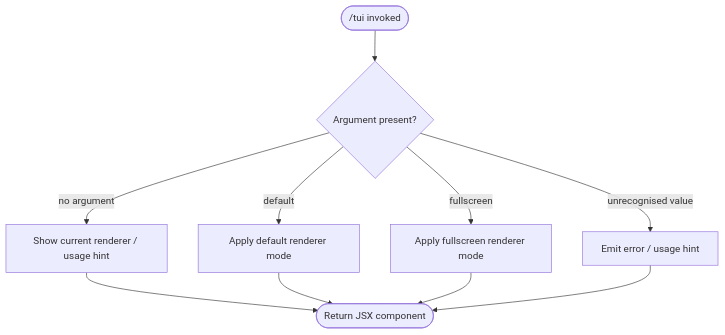
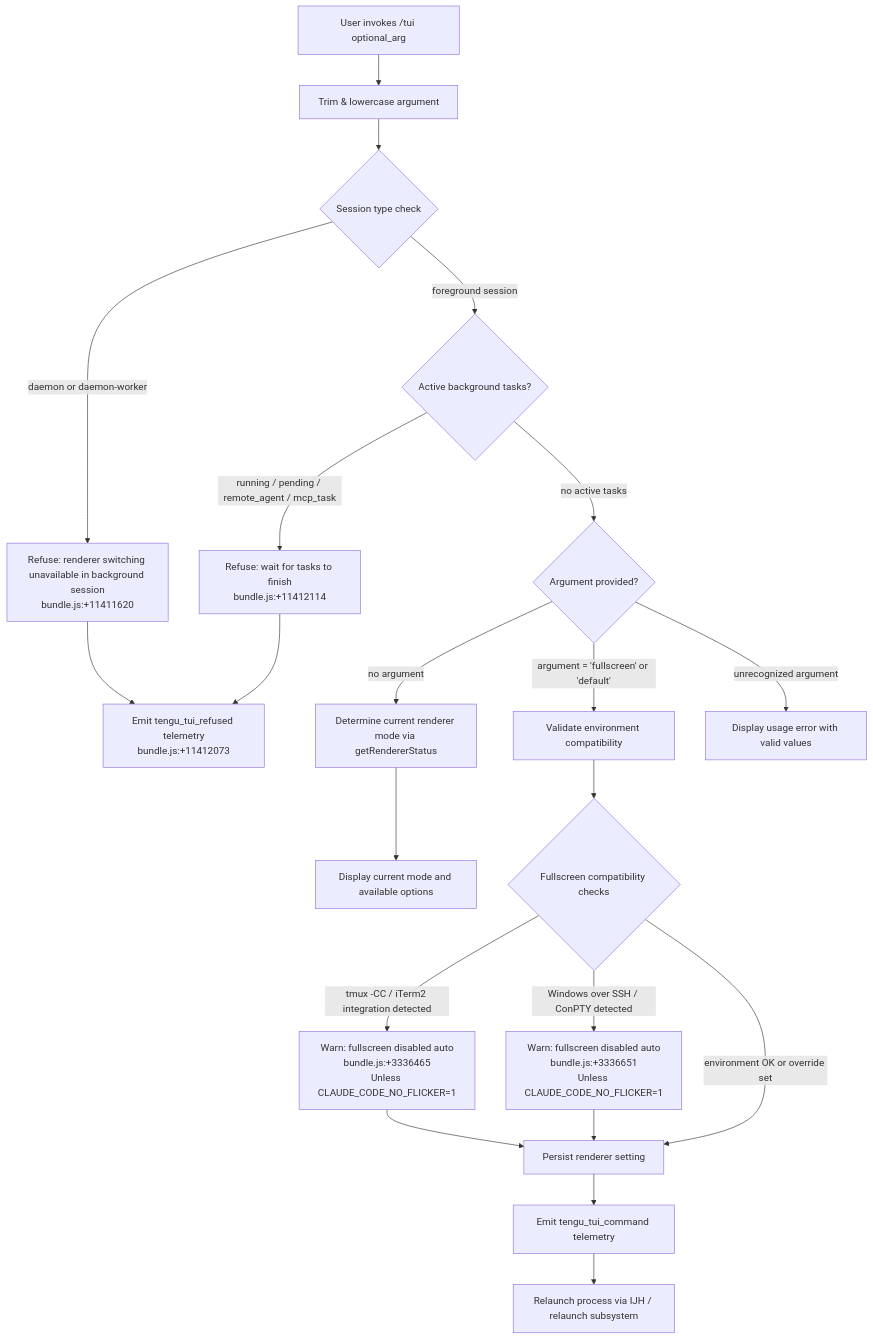
The diagram in versions/v2.1.144/tui.md (MyLittleLuckyDog/cc-gnothi), drawn with Mermaid before and after one commit. The commit also changed other lines of this file and 483 other files, not shown here.

````diff
--- a/versions/v2.1.144/tui.md
+++ b/versions/v2.1.144/tui.md
@@ -46,12 +55,23 @@
 ```mermaid
 flowchart TD
-    A(["/tui invoked"]) --> B{Argument present?}
-    B -- "no argument" --> C[Show current renderer / usage hint]
-    B -- "default" --> D[Apply default renderer mode]
-    B -- "fullscreen" --> E[Apply fullscreen renderer mode]
-    B -- "unrecognised value" --> F[Emit error / usage hint]
-    C --> G([Return JSX component])
-    D --> G
-    E --> G
-    F --> G
+    A[User invokes /tui optional_arg] --> B[Trim & lowercase argument]
+    B --> C{Session type check}
+    C -- daemon or daemon-worker --> D[Refuse: renderer switching unavailable in background session\nbundle.js:+11411620]
+    C -- foreground session --> E{Active background tasks?}
+    E -- running / pending / remote_agent / mcp_task --> F[Refuse: wait for tasks to finish\nbundle.js:+11412114]
+    E -- no active tasks --> G{Argument provided?}
+    G -- no argument --> H[Determine current renderer mode via getRendererStatus]
+    H --> I[Display current mode and available options]
+    G -- argument = 'fullscreen' or 'default' --> J[Validate environment compatibility]
+    G -- unrecognized argument --> K[Display usage error with valid values]
+    J --> L{Fullscreen compatibility checks}
+    L -- tmux -CC / iTerm2 integration detected --> M[Warn: fullscreen disabled auto\nbundle.js:+3336465\nUnless CLAUDE_CODE_NO_FLICKER=1]
+    L -- Windows over SSH / ConPTY detected --> N[Warn: fullscreen disabled auto\nbundle.js:+3336651\nUnless CLAUDE_CODE_NO_FLICKER=1]
+    L -- environment OK or override set --> O[Persist renderer setting]
+    M --> O
+    N --> O
+    O --> P[Emit tengu_tui_command telemetry]
+    P --> Q[Relaunch process via IJH / relaunch subsystem]
+    D --> R[Emit tengu_tui_refused telemetry\nbundle.js:+11412073]
+    F --> R
 ```
````
